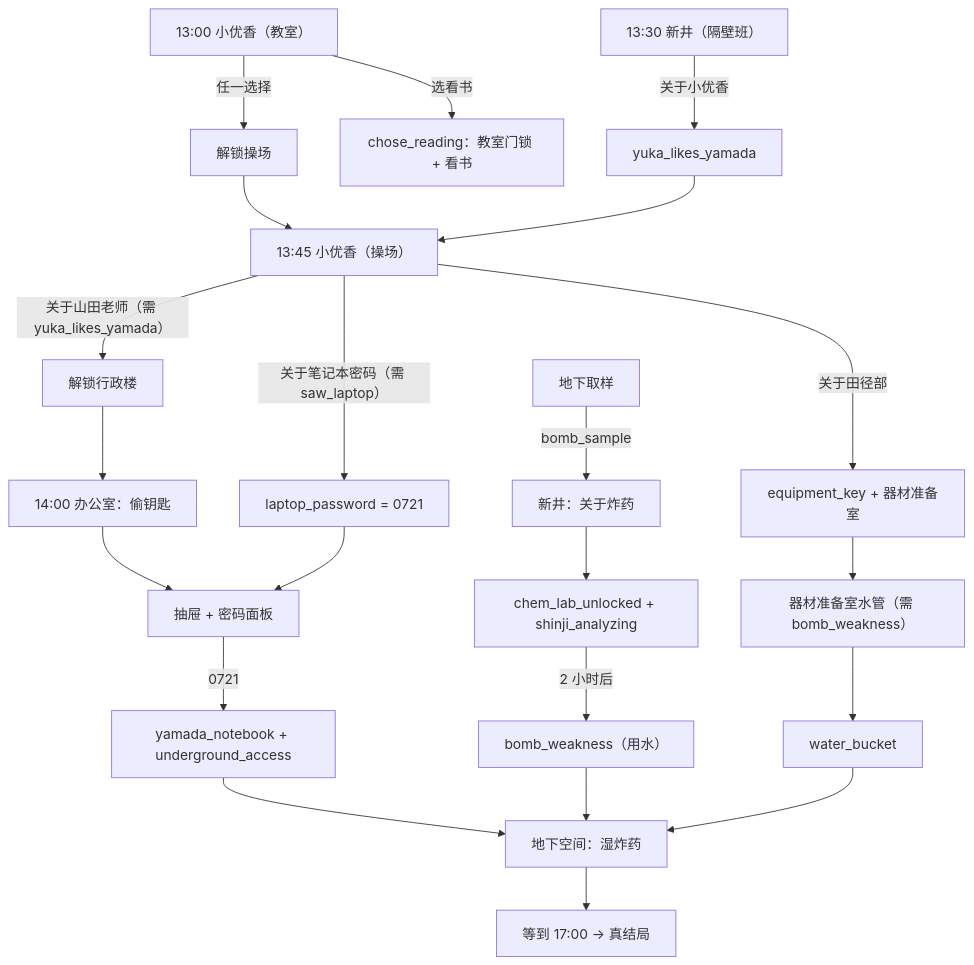
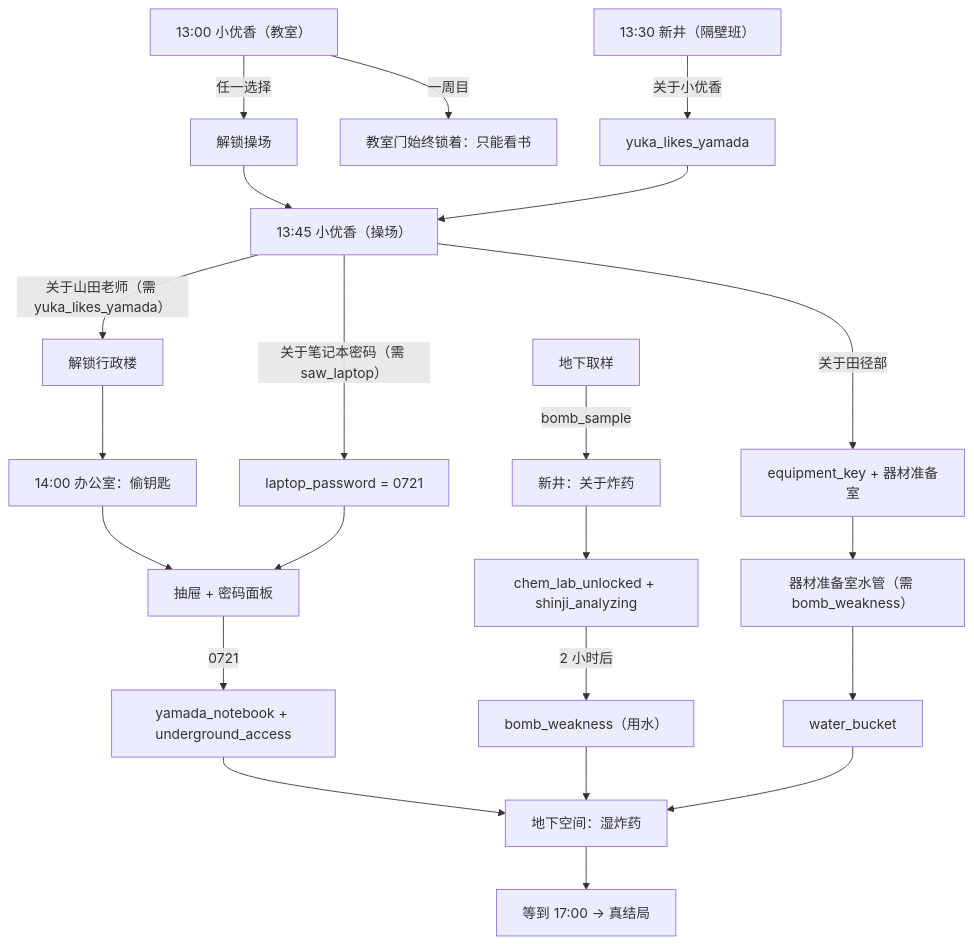
One commit to Yumihoshi/pandagj-2026 changed the second of 8 diagrams in docs/superpowers/specs/2026-11-07-formal-main-flow-design.md. Above: the diagram before and after it, drawn with Mermaid. The commit also changed other lines of this file and 10 other files, not shown here.

````diff
--- a/docs/superpowers/specs/2026-11-07-formal-main-flow-design.md
+++ b/docs/superpowers/specs/2026-11-07-formal-main-flow-design.md
@@ -786,24 +818,24 @@
 ```mermaid
 flowchart TD
     A["13:00 小优香（教室）"] -->|"任一选择"| B["解锁操场"]
-    A -->|"选看书"| C["chose_reading：教室门锁 + 看书"]
+    A -->|"一周目"| C["教室门始终锁着：只能看书"]
     B --> D["13:45 小优香（操场）"]
     D -->|"关于田径部"| E["equipment_key + 器材准备室"]
     D -->|"关于山田老师（需 yuka_likes_yamada）"| F["解锁行政楼"]
     G["13:30 新井（隔壁班）"] -->|"关于小优香"| H["yuka_likes_yamada"]
     H --> D
     I["地下取样"] -->|"bomb_sample"| J["新井：关于炸药"]
     J --> K["chem_lab_unlocked + shinji_analyzing"]
     K -->|"2 小时后"| L["bomb_weakness（用水）"]
     F --> M["14:00 办公室：偷钥匙"]
     M --> N["抽屉 + 密码面板"]
     D -->|"关于笔记本密码（需 saw_laptop）"| O["laptop_password = 0721"]
     O --> N
     N -->|"0721"| P["yamada_notebook + underground_access"]
     E --> Q["器材准备室水管（需 bomb_weakness）"]
     Q --> R["water_bucket"]
     P --> S["地下空间：湿炸药"]
     L --> S
     R --> S
     S --> T["等到 17:00 → 真结局"]
 ```
````
